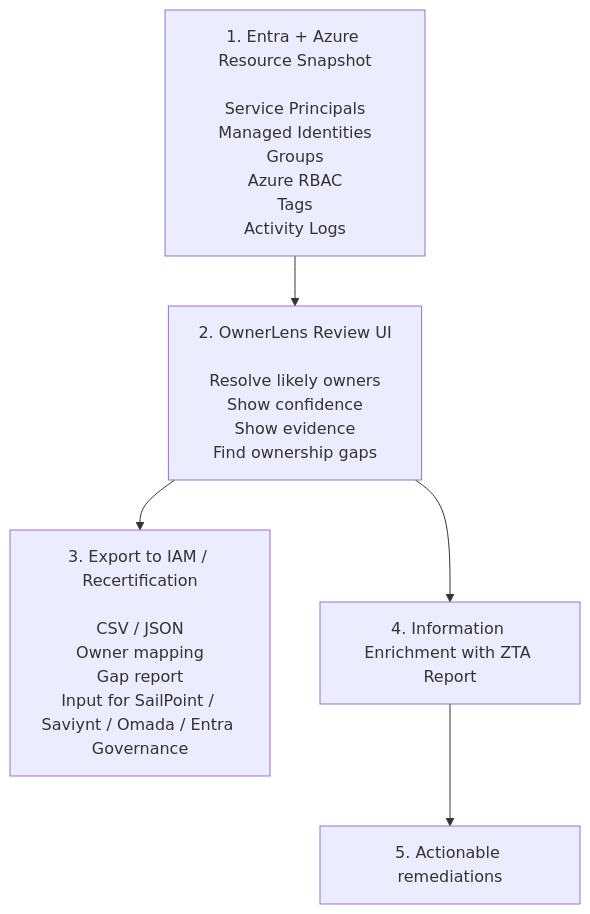
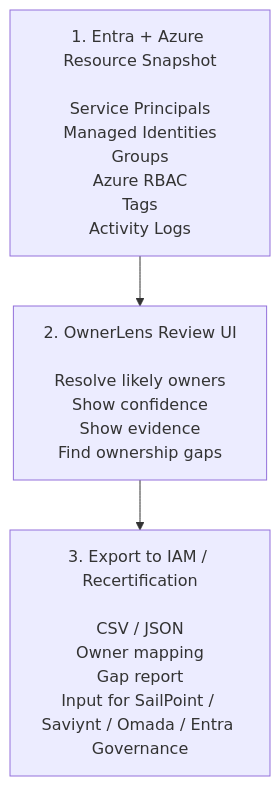
Before and after one commit to kodevza/OwnerLens: the diagram in README.md, drawn with Mermaid. The commit also changed other lines of this file and 6 other files, not shown here.

````diff
--- a/README.md
+++ b/README.md
@@ -23,15 +21,12 @@
 ```mermaid
 
 flowchart TD
     A["1. Entra + Azure Resource Snapshot<br/><br/>Service Principals<br/>Managed Identities<br/>Groups<br/>Azure RBAC<br/>Tags<br/>Activity Logs"]
 
     B["2. OwnerLens Review UI<br/><br/>Resolve likely owners<br/>Show confidence<br/>Show evidence<br/>Find ownership gaps"]
 
     C["3. Export to IAM / Recertification<br/><br/>CSV / JSON<br/>Owner mapping<br/>Gap report<br/>Input for SailPoint / Saviynt / Omada / Entra Governance"]
 
-    D["4. Information Enrichment with ZTA Report<br/>"]
-    E["5. Actionable remediations<br/>"]
 
     A --> B --> C
-    B --> D --> E
 ```    
````
